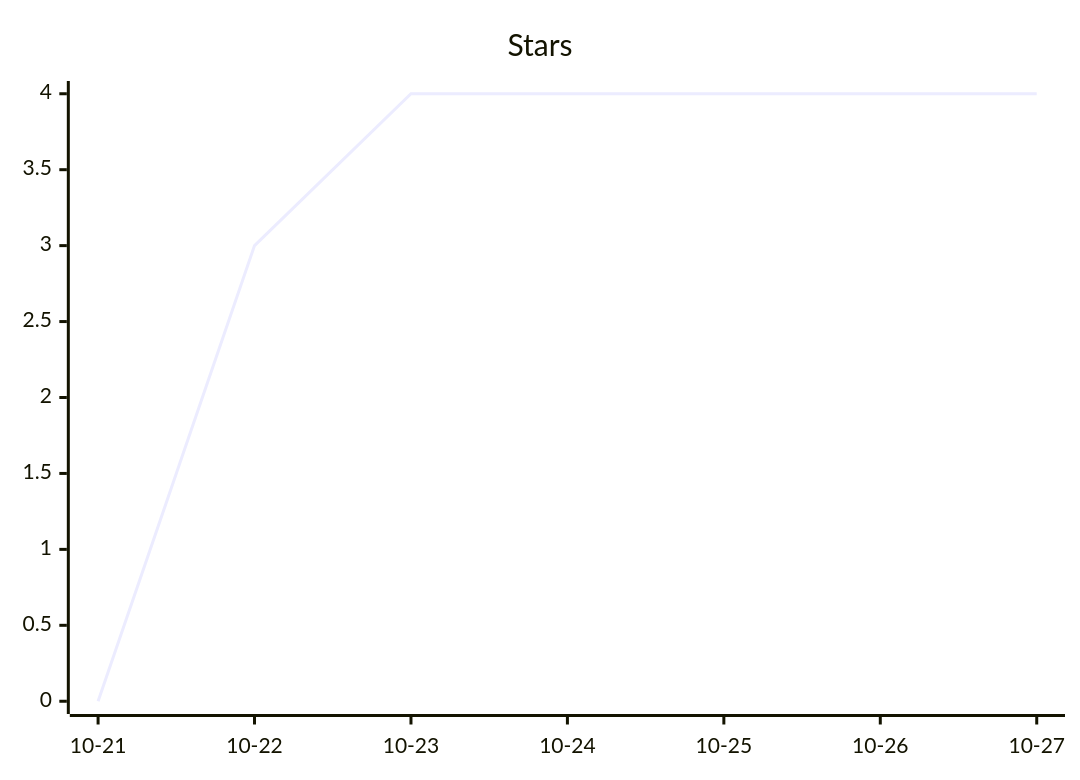
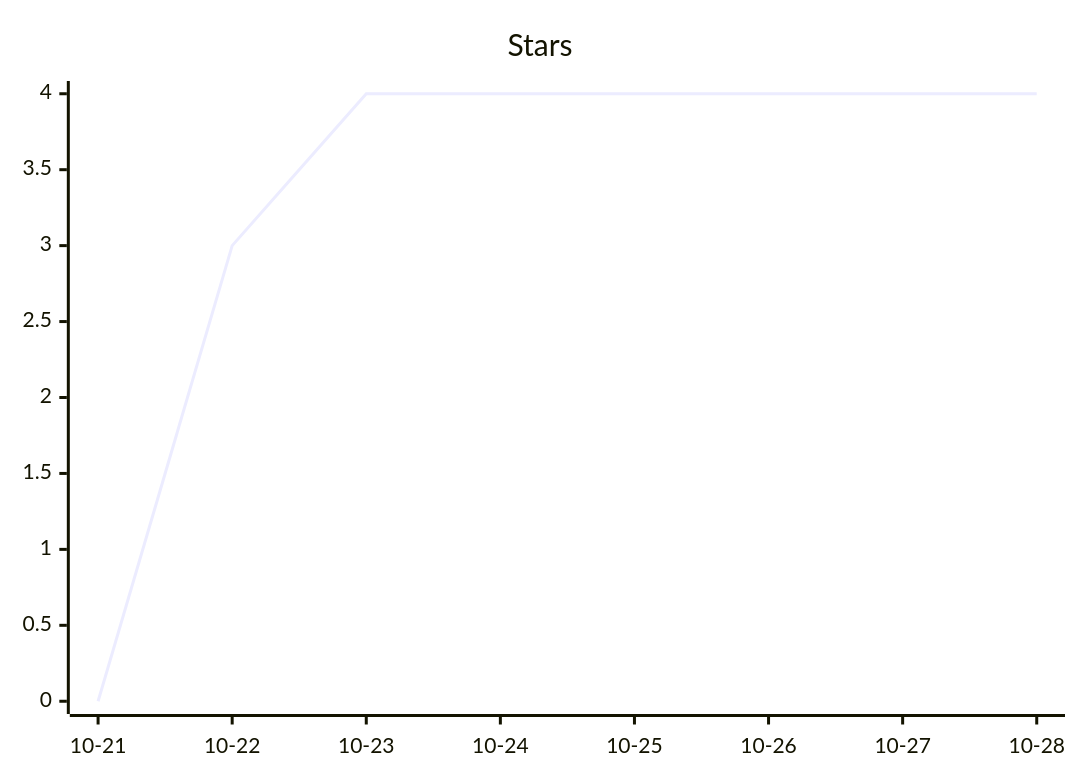
One commit to ArtemkaGoldMan/ContextSwitcher changed the second of 3 diagrams in README.md. Above: the diagram before and after it, drawn with Mermaid. The commit also changed other lines of this file and 6 other files, not shown here.

````diff
--- a/README.md
+++ b/README.md
@@ -43,6 +43,6 @@
 ```mermaid
 xychart-beta
     title "Stars"
-    x-axis ["10-21", "10-22", "10-23", "10-24", "10-25", "10-26", "10-27"]
-    line [0, 3, 4, 4, 4, 4, 4]
+    x-axis ["10-21", "10-22", "10-23", "10-24", "10-25", "10-26", "10-27", "10-28"]
+    line [0, 3, 4, 4, 4, 4, 4, 4]
 ```
````
